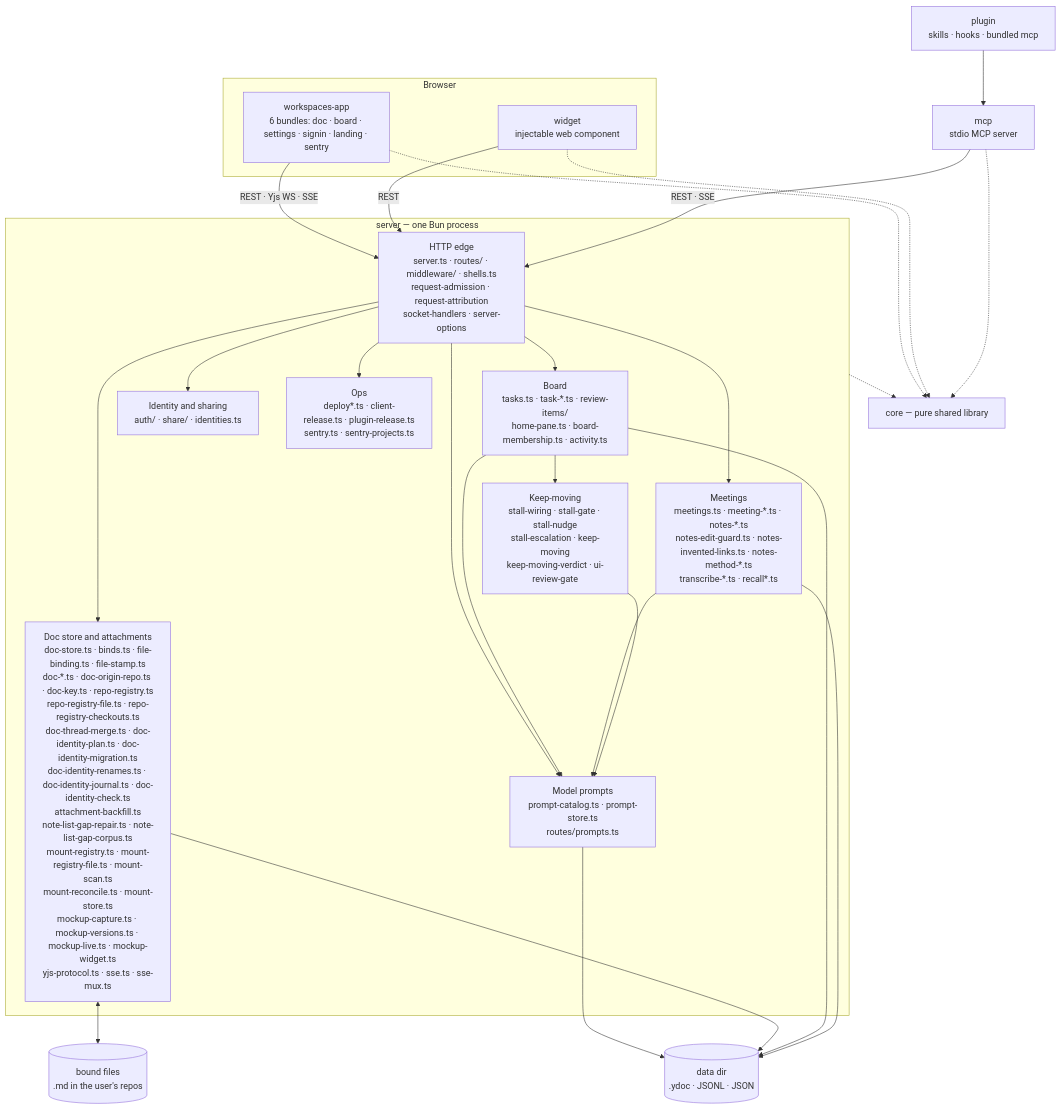
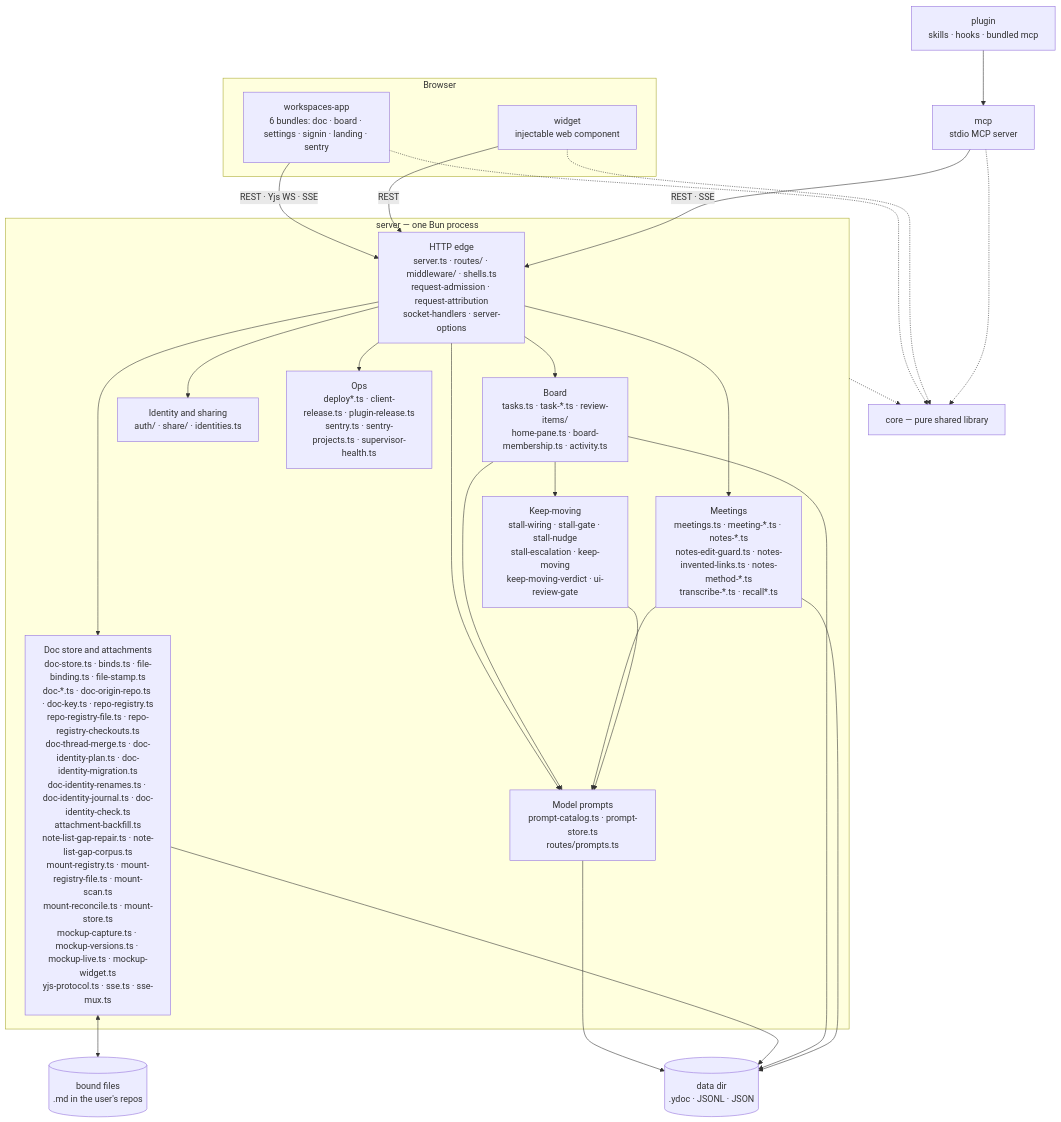
Before and after one commit to fryanpan/claude-workspaces-plugin: the first of 2 diagrams in docs/architecture/overview.md, drawn with Mermaid. The commit also changed other lines of this file and 7 other files, not shown here.

````diff
--- a/docs/architecture/overview.md
+++ b/docs/architecture/overview.md
@@ -45,35 +45,35 @@
 ```mermaid
 flowchart TB
   subgraph browser[Browser]
     app["workspaces-app<br/>6 bundles: doc · board · settings · signin · landing · sentry"]
     wid["widget<br/>injectable web component"]
   end
   plug["plugin<br/>skills · hooks · bundled mcp"]
   mcp["mcp<br/>stdio MCP server"]
   subgraph srv["server — one Bun process"]
     edge["HTTP edge<br/>server.ts · routes/ · middleware/ · shells.ts<br/>request-admission · request-attribution<br/>socket-handlers · server-options"]
     docs["Doc store and attachments<br/>doc-store.ts · binds.ts · file-binding.ts · file-stamp.ts<br/>doc-*.ts · doc-origin-repo.ts · doc-key.ts · repo-registry.ts<br/>repo-registry-file.ts · repo-registry-checkouts.ts<br/>doc-thread-merge.ts · doc-identity-plan.ts · doc-identity-migration.ts<br/>doc-identity-renames.ts · doc-identity-journal.ts · doc-identity-check.ts<br/>attachment-backfill.ts<br/>note-list-gap-repair.ts · note-list-gap-corpus.ts<br/>mount-registry.ts · mount-registry-file.ts · mount-scan.ts<br/>mount-reconcile.ts · mount-store.ts<br/>mockup-capture.ts · mockup-versions.ts · mockup-live.ts · mockup-widget.ts<br/>yjs-protocol.ts · sse.ts · sse-mux.ts"]
     board["Board<br/>tasks.ts · task-*.ts · review-items/<br/>home-pane.ts · board-membership.ts · activity.ts"]
     meet["Meetings<br/>meetings.ts · meeting-*.ts · notes-*.ts<br/>notes-edit-guard.ts · notes-invented-links.ts · notes-method-*.ts<br/>transcribe-*.ts · recall*.ts"]
     keep["Keep-moving<br/>stall-wiring · stall-gate · stall-nudge<br/>stall-escalation · keep-moving<br/>keep-moving-verdict · ui-review-gate"]
     ident["Identity and sharing<br/>auth/ · share/ · identities.ts"]
     prompts["Model prompts<br/>prompt-catalog.ts · prompt-store.ts<br/>routes/prompts.ts"]
-    ops["Ops<br/>deploy*.ts · client-release.ts · plugin-release.ts<br/>sentry.ts · sentry-projects.ts"]
+    ops["Ops<br/>deploy*.ts · client-release.ts · plugin-release.ts<br/>sentry.ts · sentry-projects.ts · supervisor-health.ts"]
   end
   core["core — pure shared library"]
   disk[("data dir<br/>.ydoc · JSONL · JSON")]
   files[("bound files<br/>.md in the user's repos")]
 
   app -->|"REST · Yjs WS · SSE"| edge
   wid -->|REST| edge
   plug --> mcp
   mcp -->|"REST · SSE"| edge
   edge --> docs & board & meet & ident & ops & prompts
   board & meet & keep --> prompts
   prompts --> disk
   board --> keep
   docs <--> files
   docs & board & meet --> disk
   app & wid & mcp -.-> core
   srv -.-> core
 ```
````
